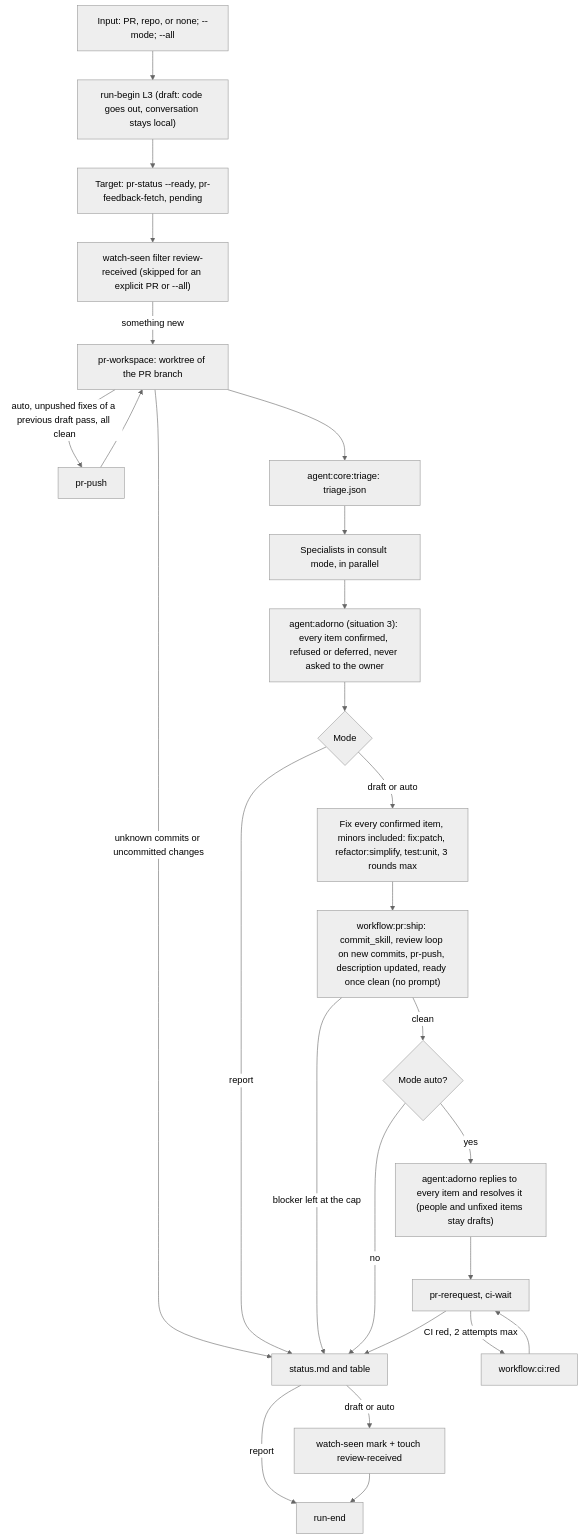
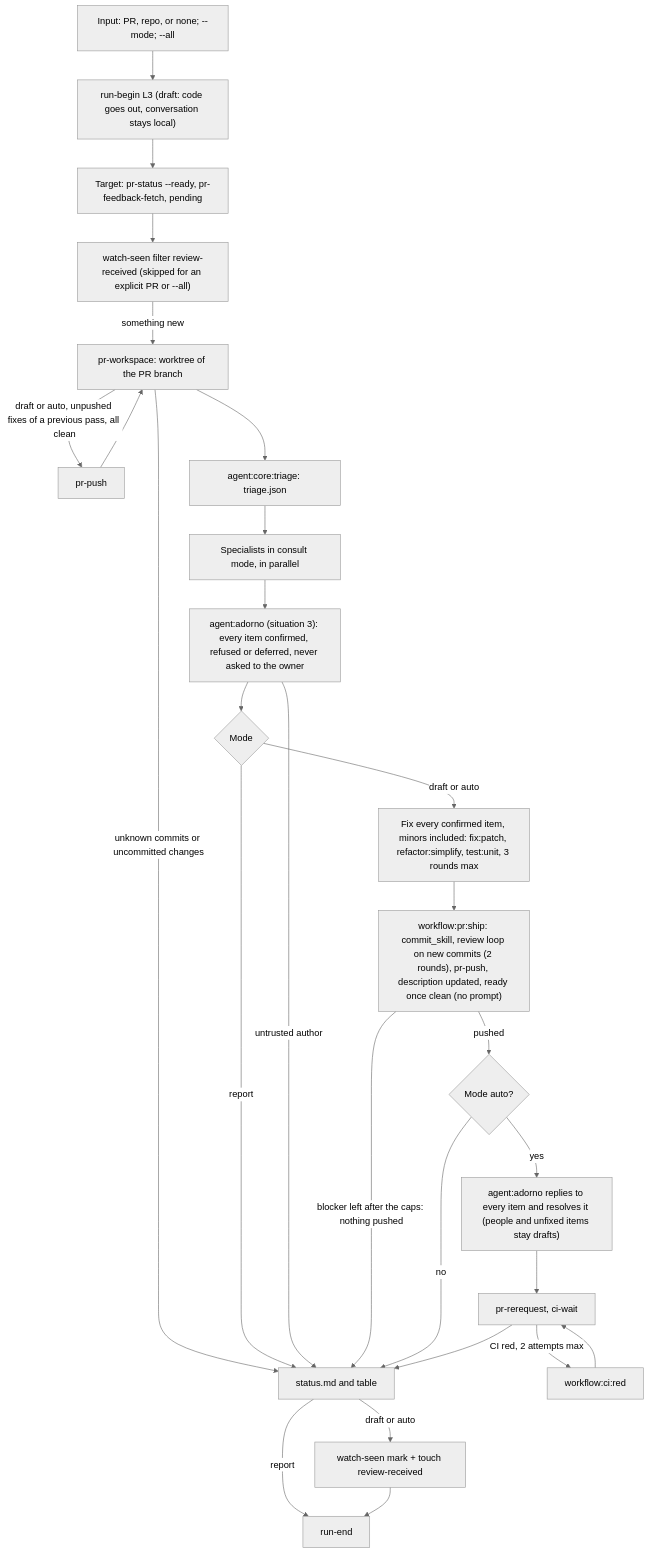
Before and after one commit to nicolasmondain/adorno: the first of 2 diagrams in src/workflows/review/SCHEMA.md, drawn with Mermaid (neutral theme). The commit also changed 86 other files, not shown here.

First line of the commit message:
feat(workflows): end every code-touching workflow with commit and PR, without asking (#10)

````diff
--- a/src/workflows/review/SCHEMA.md
+++ b/src/workflows/review/SCHEMA.md
@@ -5,28 +5,29 @@
 ```mermaid
 flowchart TD
   A["Input: PR, repo, or none; --mode; --all"] --> B["run-begin L3 (draft: code goes out, conversation stays local)"]
   B --> C["Target: pr-status --ready, pr-feedback-fetch, pending"]
   C --> S["watch-seen filter review-received (skipped for an explicit PR or --all)"]
   S -->|"something new"| D["pr-workspace: worktree of the PR branch"]
-  D -->|"auto, unpushed fixes of a previous draft pass, all clean"| DP["pr-push"]
+  D -->|"draft or auto, unpushed fixes of a previous pass, all clean"| DP["pr-push"]
   DP --> D
   D -->|"unknown commits or uncommitted changes"| N
   D --> E["agent:core:triage: triage.json"]
   E --> F["Specialists in consult mode, in parallel"]
   F --> G["agent:adorno (situation 3): every item confirmed, refused or deferred, never asked to the owner"]
   G --> H{"Mode"}
   H -->|"report"| N["status.md and table"]
+  G -->|"untrusted author"| N
   H -->|"draft or auto"| I["Fix every confirmed item, minors included: fix:patch, refactor:simplify, test:unit, 3 rounds max"]
-  I --> SH["workflow:pr:ship: commit_skill, review loop on new commits, pr-push, description updated, ready once clean (no prompt)"]
-  SH -->|"blocker left at the cap"| N
-  SH -->|"clean"| K{"Mode auto?"}
+  I --> SH["workflow:pr:ship: commit_skill, review loop on new commits (2 rounds), pr-push, description updated, ready once clean (no prompt)"]
+  SH -->|"blocker left after the caps: nothing pushed"| N
+  SH -->|"pushed"| K{"Mode auto?"}
   K -->|"no"| N
   K -->|"yes"| L["agent:adorno replies to every item and resolves it (people and unfixed items stay drafts)"]
   L --> M["pr-rerequest, ci-wait"]
   M -->|"CI red, 2 attempts max"| R["workflow:ci:red"]
   R --> M
   M --> N
   N -->|"draft or auto"| P["watch-seen mark + touch review-received"]
   N -->|"report"| O
   P --> O["run-end"]
 ```
````
